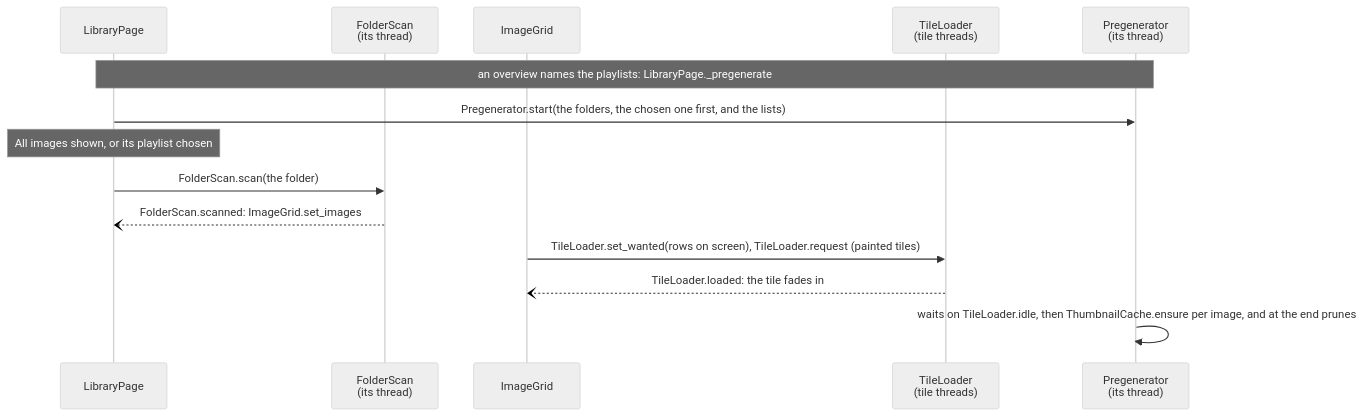
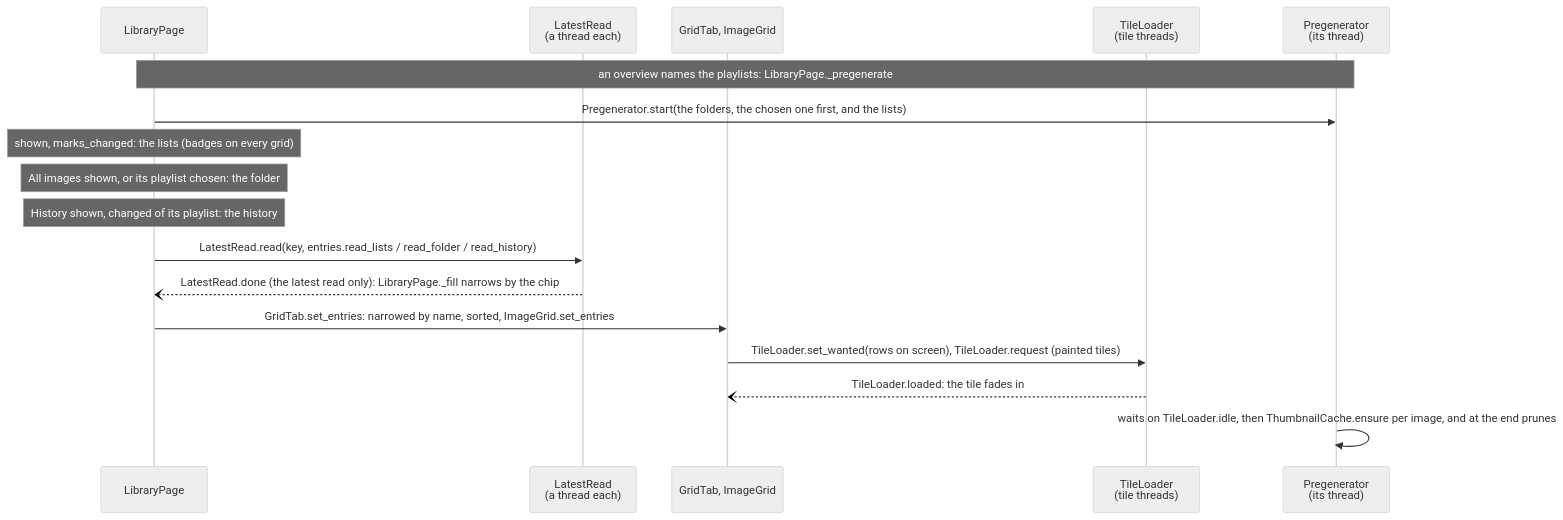
The tenth of 11 diagrams in docs/app-wiring.md (cheshire0xff/wallpaper_py), drawn with Mermaid (neutral theme) before and after one commit. The commit also changed other lines of this file and 25 other files, not shown here.

````diff
--- a/docs/app-wiring.md
+++ b/docs/app-wiring.md
@@ -253,17 +257,20 @@
 ```mermaid
 sequenceDiagram
     participant L as LibraryPage
-    participant F as FolderScan<br/>(its thread)
-    participant G as ImageGrid
+    participant R as LatestRead<br/>(a thread each)
+    participant G as GridTab, ImageGrid
     participant T as TileLoader<br/>(tile threads)
     participant P as Pregenerator<br/>(its thread)
 
     Note over L,P: an overview names the playlists: LibraryPage._pregenerate
     L->>P: Pregenerator.start(the folders, the chosen one first, and the lists)
-    Note over L: All images shown, or its playlist chosen
-    L->>F: FolderScan.scan(the folder)
-    F--)L: FolderScan.scanned: ImageGrid.set_images
+    Note over L: shown, marks_changed: the lists (badges on every grid)
+    Note over L: All images shown, or its playlist chosen: the folder
+    Note over L: History shown, changed of its playlist: the history
+    L->>R: LatestRead.read(key, entries.read_lists / read_folder / read_history)
+    R--)L: LatestRead.done (the latest read only): LibraryPage._fill narrows by the chip
+    L->>G: GridTab.set_entries: narrowed by name, sorted, ImageGrid.set_entries
     G->>T: TileLoader.set_wanted(rows on screen), TileLoader.request (painted tiles)
     T--)G: TileLoader.loaded: the tile fades in
     P->>P: waits on TileLoader.idle, then ThumbnailCache.ensure per image, and at the end prunes
 ```
````
